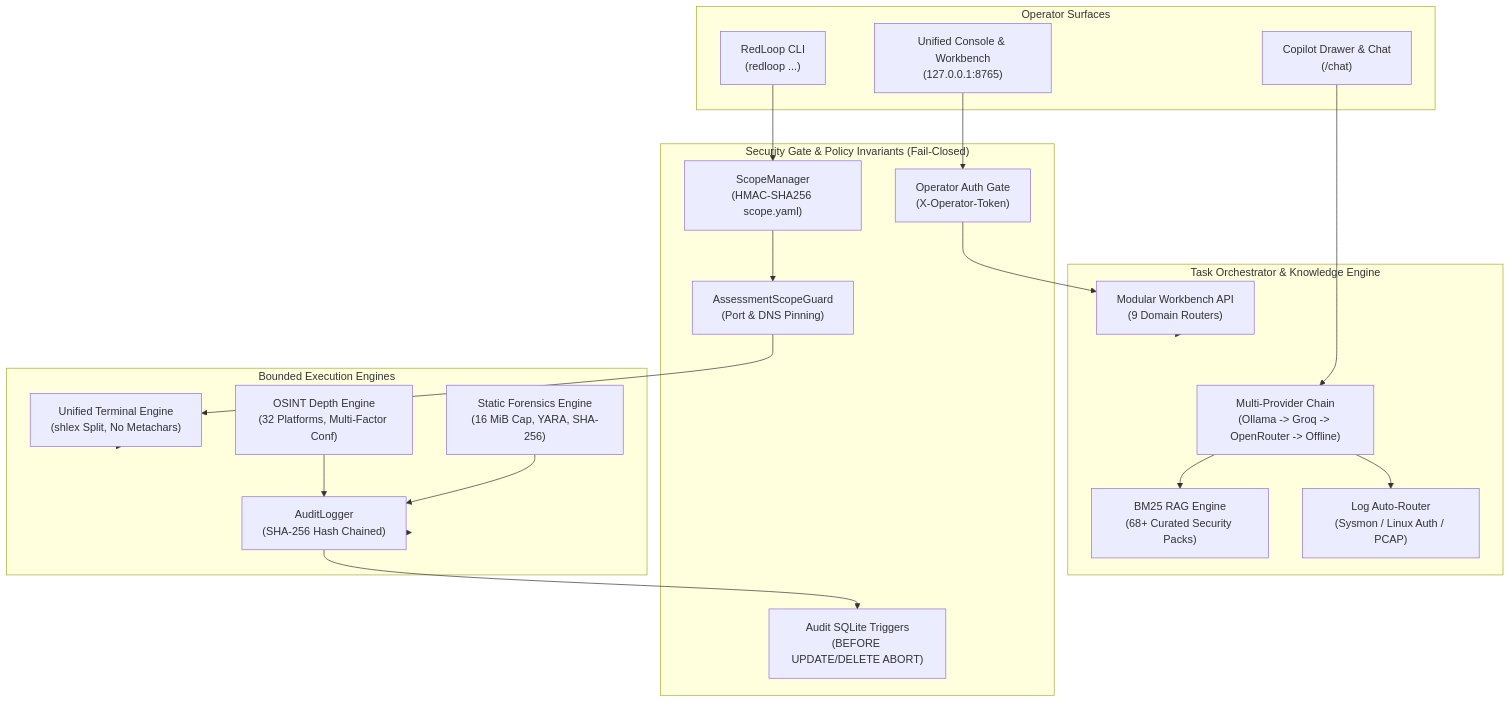
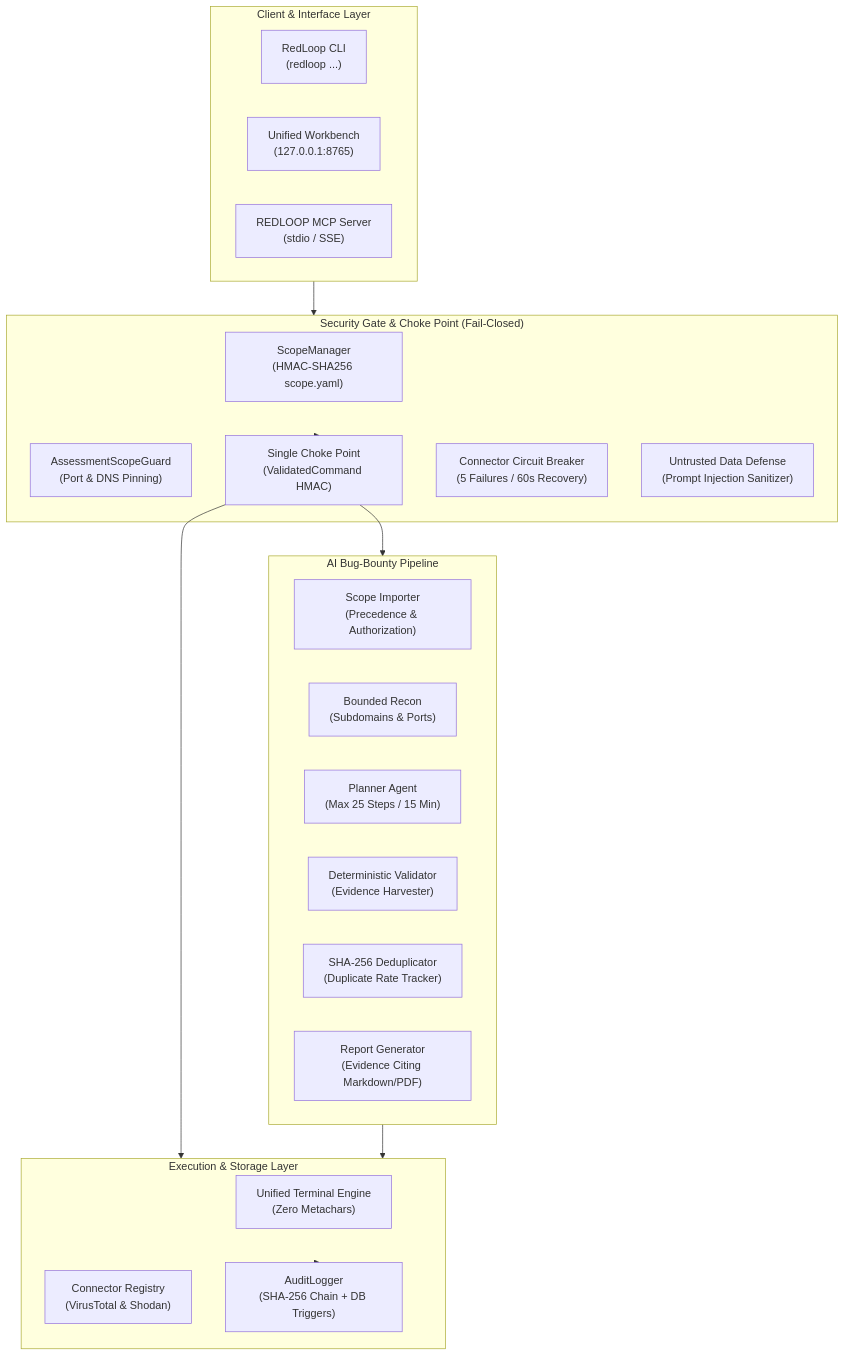
The diagram in README.md (rabigupta-123/redloop-cybersecurity-copilot), drawn with Mermaid before and after one commit. The commit also changed other lines of this file and 48 other files, not shown here.

Commit message:
feat+verify: complete connectors layer, AI bug bounty workflow, and quality hardening

````diff
--- a/README.md
+++ b/README.md
@@ -105,44 +44,38 @@
 ```mermaid
 flowchart TB
-    subgraph Clients["Operator Surfaces"]
+    subgraph Interfaces["Client & Interface Layer"]
         CLI["RedLoop CLI<br/>(redloop ...)"]
-        UI["Unified Console & Workbench<br/>(127.0.0.1:8765)"]
-        Chat["Copilot Drawer & Chat<br/>(/chat)"]
+        Workbench["Unified Workbench<br/>(127.0.0.1:8765)"]
+        MCPServer["REDLOOP MCP Server<br/>(stdio / SSE)"]
     end
 
-    subgraph SecurityGate["Security Gate & Policy Invariants (Fail-Closed)"]
+    subgraph SecurityGate["Security Gate & Choke Point (Fail-Closed)"]
         Scope["ScopeManager<br/>(HMAC-SHA256 scope.yaml)"]
         Guard["AssessmentScopeGuard<br/>(Port & DNS Pinning)"]
-        TokenAuth["Operator Auth Gate<br/>(X-Operator-Token)"]
-        Triggers["Audit SQLite Triggers<br/>(BEFORE UPDATE/DELETE ABORT)"]
+        ChokePoint["Single Choke Point<br/>(ValidatedCommand HMAC)"]
+        Breaker["Connector Circuit Breaker<br/>(5 Failures / 60s Recovery)"]
+        Sanitizer["Untrusted Data Defense<br/>(Prompt Injection Sanitizer)"]
     end
 
-    subgraph Orchestration["Task Orchestrator & Knowledge Engine"]
-        Router["Multi-Provider Chain<br/>(Ollama -> Groq -> OpenRouter -> Offline)"]
-        RAG["BM25 RAG Engine<br/>(68+ Curated Security Packs)"]
-        AutoRoute["Log Auto-Router<br/>(Sysmon / Linux Auth / PCAP)"]
-        Workbench["Modular Workbench API<br/>(9 Domain Routers)"]
+    subgraph Bounty["AI Bug-Bounty Pipeline"]
+        ScopeImport["Scope Importer<br/>(Precedence & Authorization)"]
+        Recon["Bounded Recon<br/>(Subdomains & Ports)"]
+        Planner["Planner Agent<br/>(Max 25 Steps / 15 Min)"]
+        Validator["Deterministic Validator<br/>(Evidence Harvester)"]
+        Dedupe["SHA-256 Deduplicator<br/>(Duplicate Rate Tracker)"]
+        Reporter["Report Generator<br/>(Evidence Citing Markdown/PDF)"]
     end
 
-    subgraph Execution["Bounded Execution Engines"]
-        Term["Unified Terminal Engine<br/>(shlex Split, No Metachars)"]
-        OSINT["OSINT Depth Engine<br/>(32 Platforms, Multi-Factor Conf)"]
-        Forensics["Static Forensics Engine<br/>(16 MiB Cap, YARA, SHA-256)"]
-        Audit["AuditLogger<br/>(SHA-256 Hash Chained)"]
+    subgraph Execution["Execution & Storage Layer"]
+        Term["Unified Terminal Engine<br/>(Zero Metachars)"]
+        Connectors["Connector Registry<br/>(VirusTotal & Shodan)"]
+        Audit["AuditLogger<br/>(SHA-256 Chain + DB Triggers)"]
     end
 
-    CLI --> Scope
-    UI --> TokenAuth --> Workbench
-    Chat --> Router
-
-    Scope --> Guard --> Term
-    Workbench --> Orchestration
-    Router --> RAG
-    Router --> AutoRoute
-
-    Term --> Execution
-    OSINT --> Audit
-    Forensics --> Audit
+    Interfaces --> SecurityGate
+    SecurityGate --> ChokePoint
+    ChokePoint --> Bounty
+    ChokePoint --> Execution
+    Bounty --> Execution
     Execution --> Audit
-    Audit --> Triggers
 ```
````
